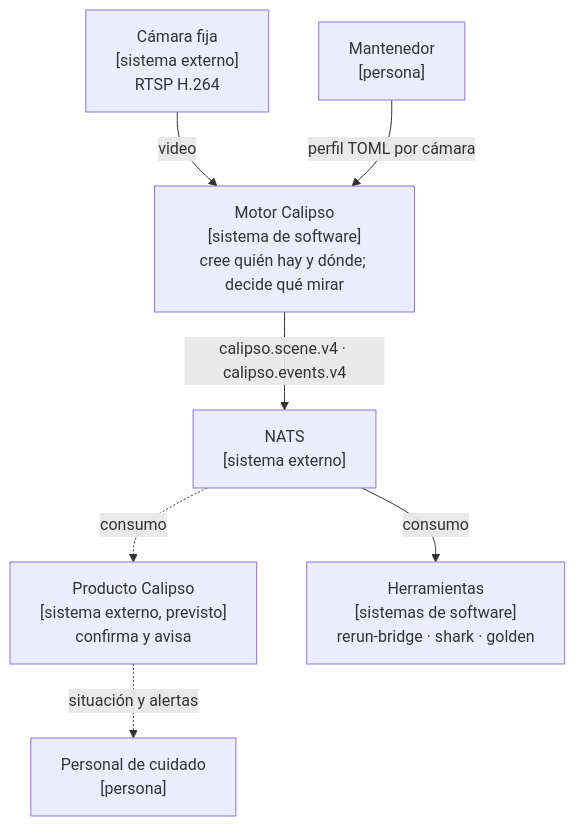
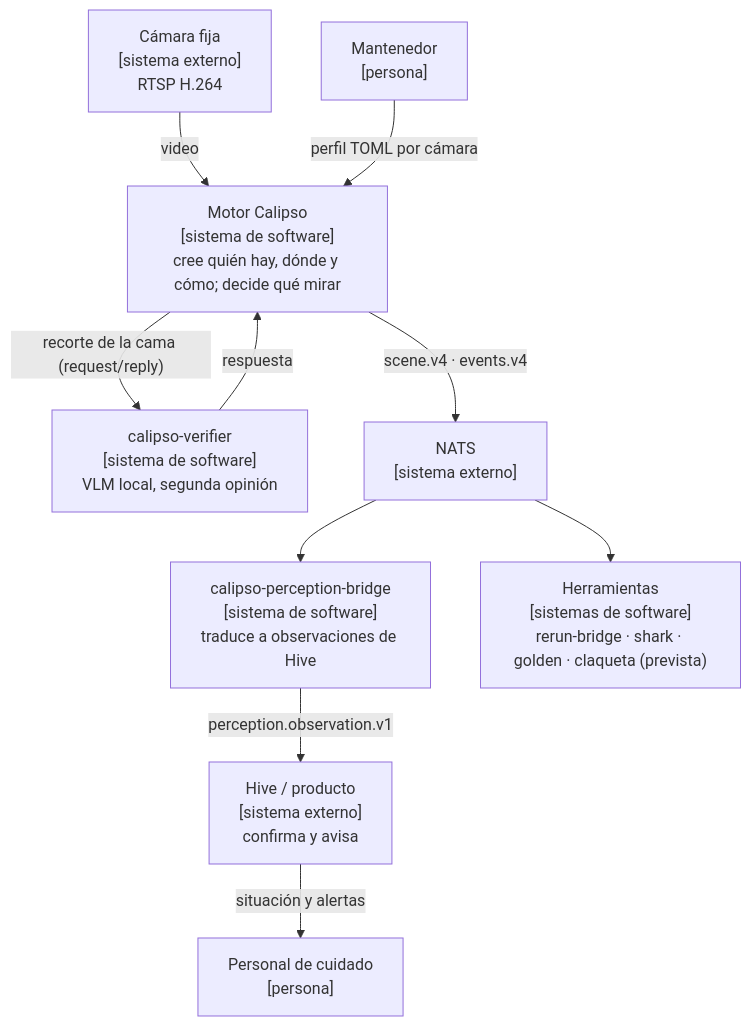
One commit to e7canasta/calipso-detector changed the first of 9 diagrams in arquitectura-c4.md. Above: the diagram before and after it, drawn with Mermaid. The commit also changed other lines of this file and 2 other files, not shown here.

````diff
--- a/arquitectura-c4.md
+++ b/arquitectura-c4.md
@@ -41,17 +57,22 @@
 ```mermaid
 flowchart TB
     care["Personal de cuidado<br/>[persona]"]
     maint["Mantenedor<br/>[persona]"]
     camera["Cámara fija<br/>[sistema externo]<br/>RTSP H.264"]
-    engine["Motor Calipso<br/>[sistema de software]<br/>cree quién hay y dónde; decide qué mirar"]
+    engine["Motor Calipso<br/>[sistema de software]<br/>cree quién hay, dónde y cómo; decide qué mirar"]
+    verifier["calipso-verifier<br/>[sistema de software]<br/>VLM local, segunda opinión"]
     nats["NATS<br/>[sistema externo]"]
-    product["Producto Calipso<br/>[sistema externo, previsto]<br/>confirma y avisa"]
-    tools["Herramientas<br/>[sistemas de software]<br/>rerun-bridge · shark · golden"]
+    bridge["calipso-perception-bridge<br/>[sistema de software]<br/>traduce a observaciones de Hive"]
+    hive["Hive / producto<br/>[sistema externo]<br/>confirma y avisa"]
+    tools["Herramientas<br/>[sistemas de software]<br/>rerun-bridge · shark · golden · claqueta (prevista)"]
 
     camera -->|"video"| engine
     maint -->|"perfil TOML por cámara"| engine
-    engine -->|"calipso.scene.v4 · calipso.events.v4"| nats
-    nats -->|"consumo"| tools
-    nats -.->|"consumo"| product
-    product -.->|"situación y alertas"| care
+    engine -->|"recorte de la cama (request/reply)"| verifier
+    verifier -->|"respuesta"| engine
+    engine -->|"scene.v4 · events.v4"| nats
+    nats --> bridge
+    bridge -->|"perception.observation.v1"| hive
+    hive -->|"situación y alertas"| care
+    nats --> tools
 ```
````
